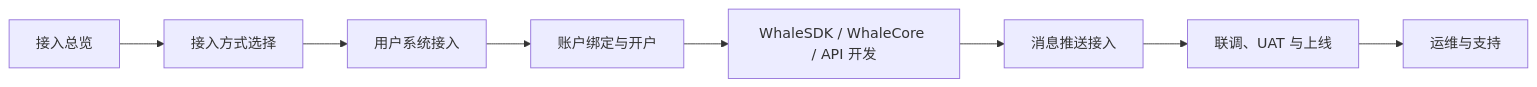
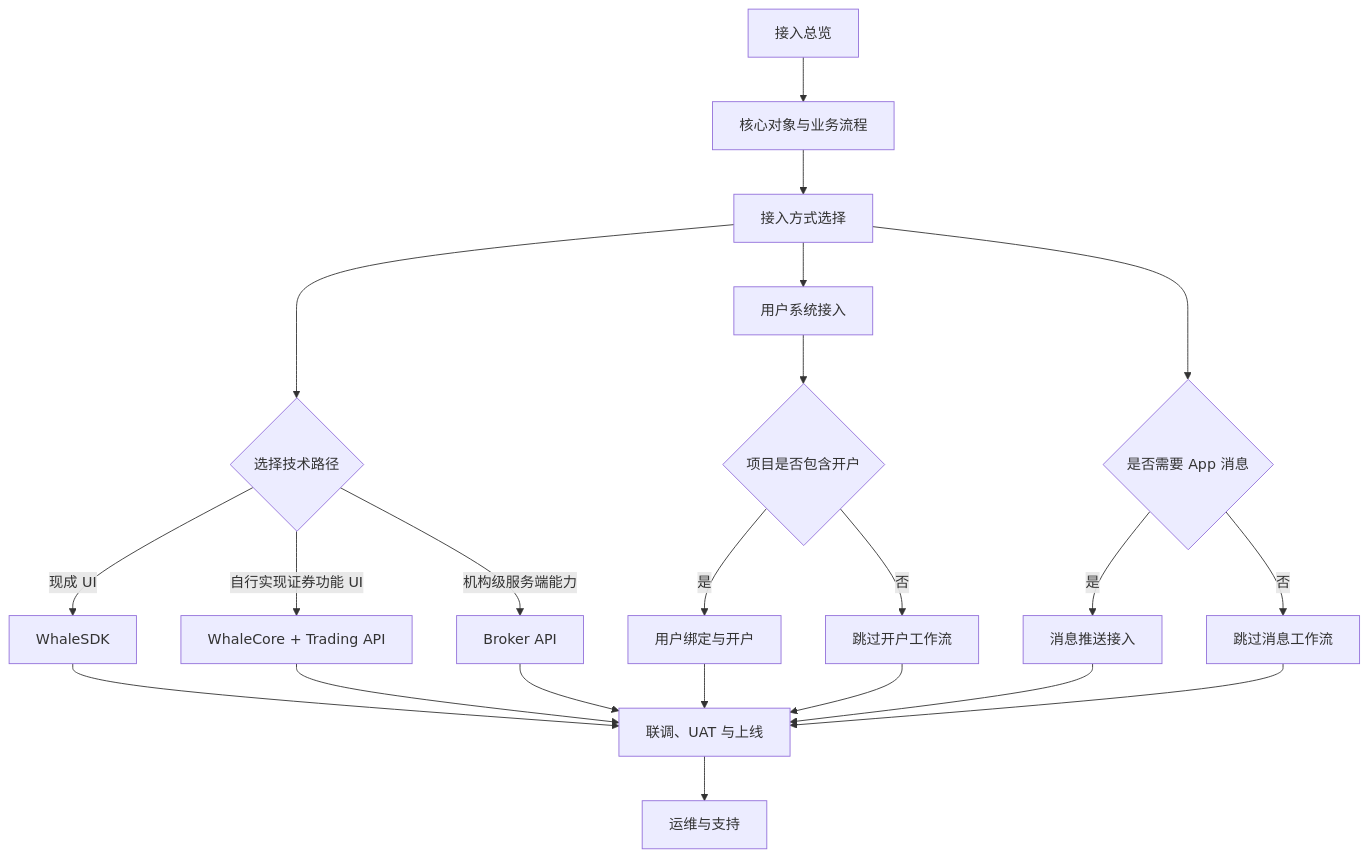
The first of 2 diagrams in cn/docs/broker-onboarding.mdx (longbridge/whale-docs), drawn with Mermaid before and after one commit. The commit also changed other lines of this file and 4 other files, not shown here.

````diff
--- a/cn/docs/broker-onboarding.mdx
+++ b/cn/docs/broker-onboarding.mdx
@@ -14,10 +14,24 @@
 ```mermaid
-flowchart LR
-    A[接入总览] --> B[接入方式选择]
-    B --> C[用户系统接入]
-    C --> D[账户绑定与开户]
-    D --> E[WhaleSDK / WhaleCore / API 开发]
-    E --> F[消息推送接入]
-    F --> G[联调、UAT 与上线]
-    G --> H[运维与支持]
+flowchart TD
+    A[接入总览] --> B[核心对象与业务流程]
+    B --> C[接入方式选择]
+    C --> D{选择技术路径}
+    D -->|现成 UI| E[WhaleSDK]
+    D -->|自行实现证券功能 UI| F[WhaleCore + Trading API]
+    D -->|机构级服务端能力| G[Broker API]
+    C --> H[用户系统接入]
+    H --> I{项目是否包含开户}
+    I -->|是| J[用户绑定与开户]
+    I -->|否| K[跳过开户工作流]
+    C --> L{是否需要 App 消息}
+    L -->|是| M[消息推送接入]
+    L -->|否| N[跳过消息工作流]
+    E --> O[联调、UAT 与上线]
+    F --> O
+    G --> O
+    J --> O
+    K --> O
+    M --> O
+    N --> O
+    O --> P[运维与支持]
 ```
````
